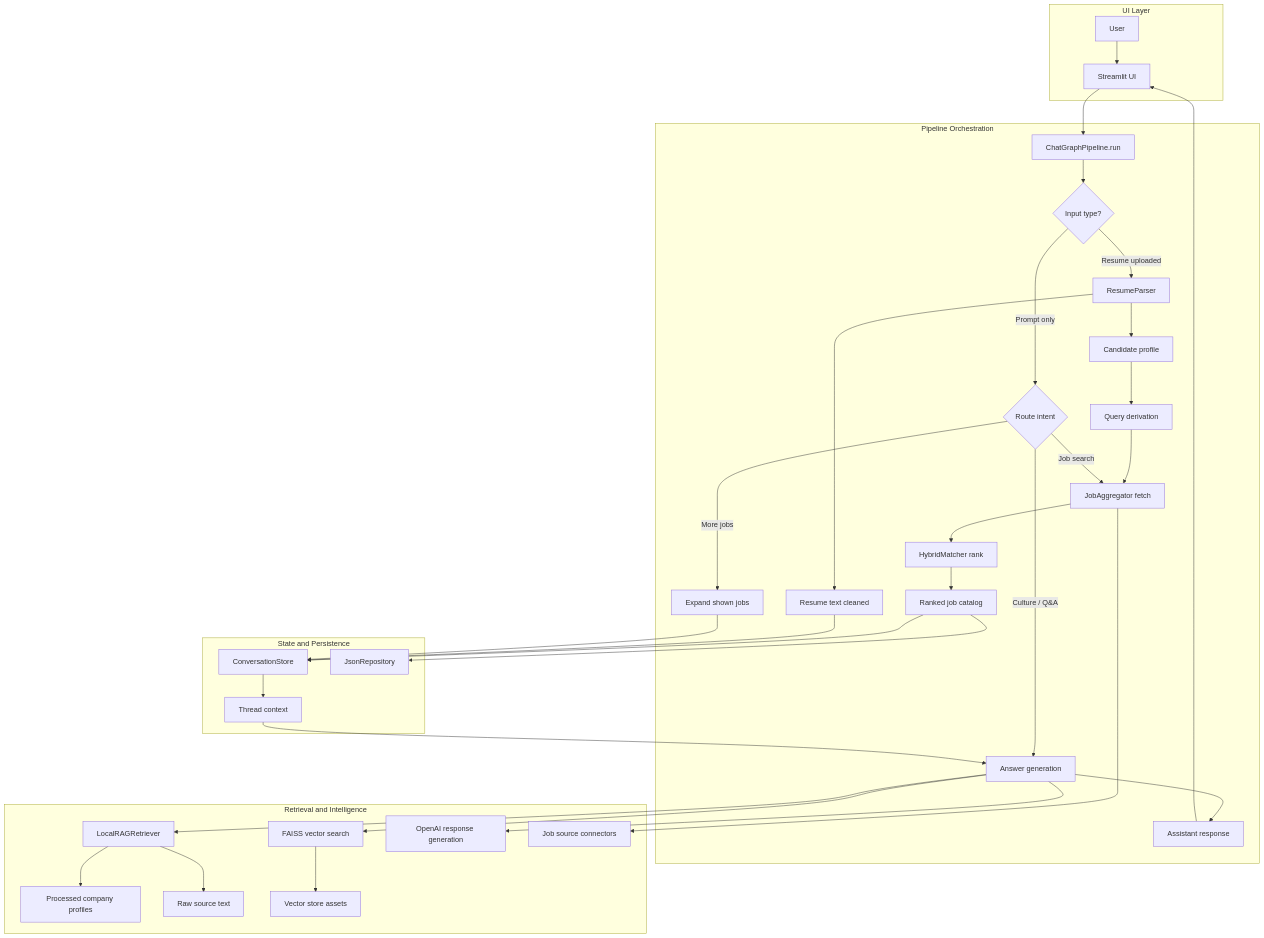
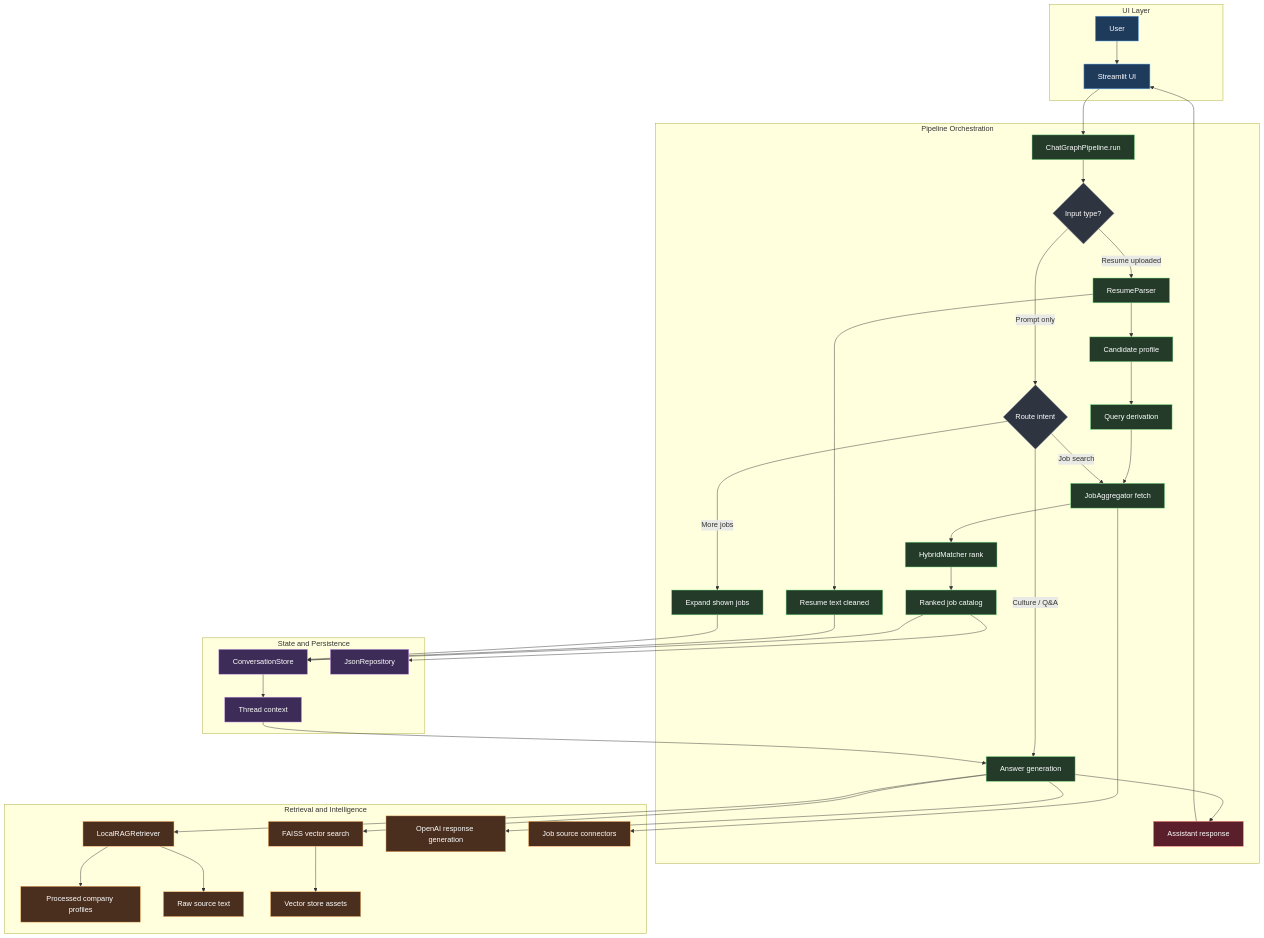
The diagram in README.md (Ashleshupganlawar/career-intel-assistant), drawn with Mermaid before and after one commit. The commit also changed other lines of this file, not shown here.

Commit message:
Style diagram and add key outcomes

````diff
--- a/README.md
+++ b/README.md
@@ -164,4 +164,18 @@
     FV --> VS
     QA --> AR
     AR --> UI
+
+    classDef ui fill:#1f3b5b,stroke:#6cb6ff,color:#ffffff,stroke-width:1px;
+    classDef orchestration fill:#243b2a,stroke:#7ee787,color:#ffffff,stroke-width:1px;
+    classDef retrieval fill:#4a2f1f,stroke:#ffb86b,color:#ffffff,stroke-width:1px;
+    classDef storage fill:#3d2c57,stroke:#c792ea,color:#ffffff,stroke-width:1px;
+    classDef decision fill:#2f3441,stroke:#9aa4b2,color:#ffffff,stroke-width:1px;
+    classDef output fill:#5a1f2b,stroke:#ff7b72,color:#ffffff,stroke-width:1px;
+
+    class U,UI ui;
+    class GP,RP,CP,ORT,QD,JA,HM,JC,MJ,QA orchestration;
+    class LR,FV,OA,JS,PCP,RS,VS retrieval;
+    class CS,TC,JR storage;
+    class R,RI decision;
+    class AR output;
 ```
````
